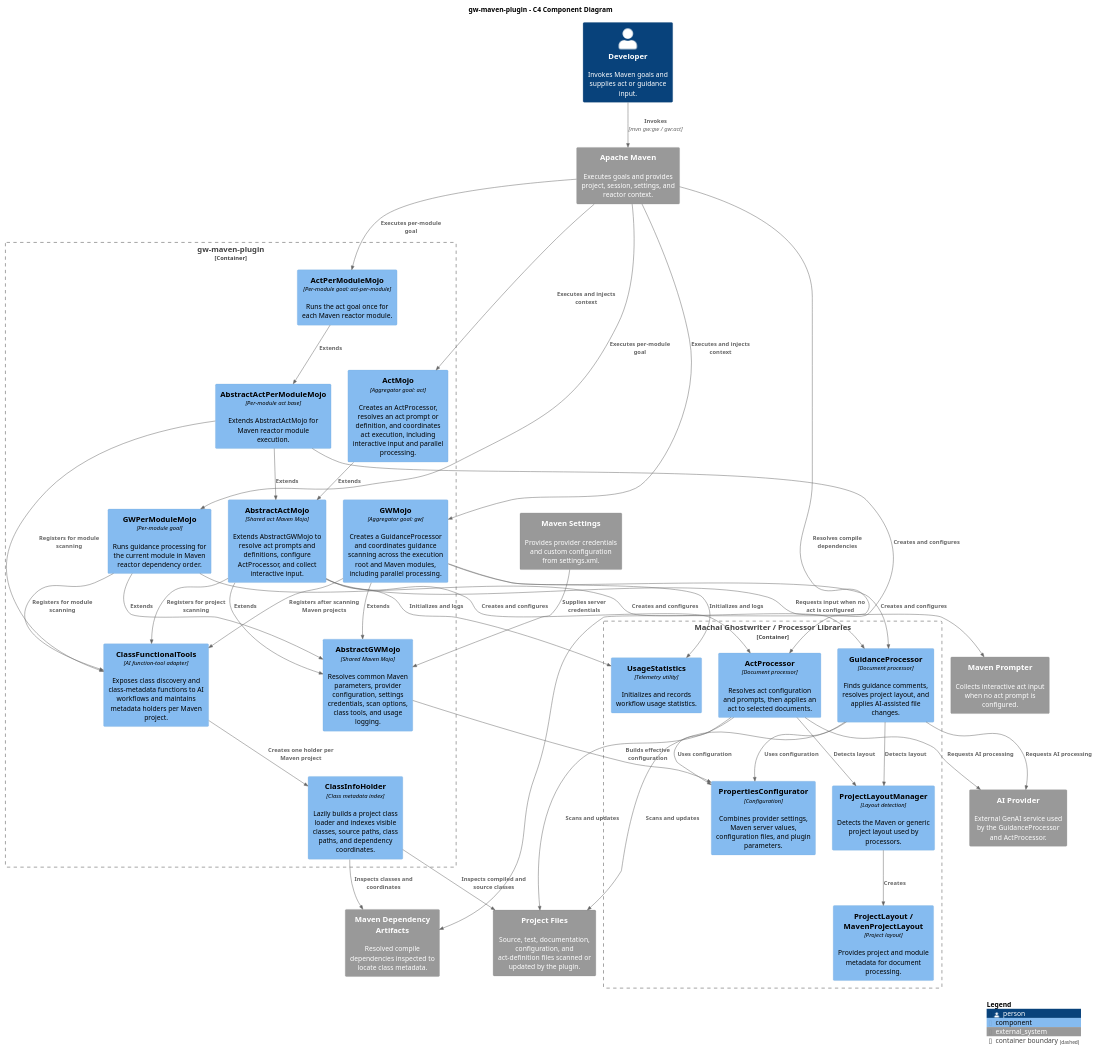
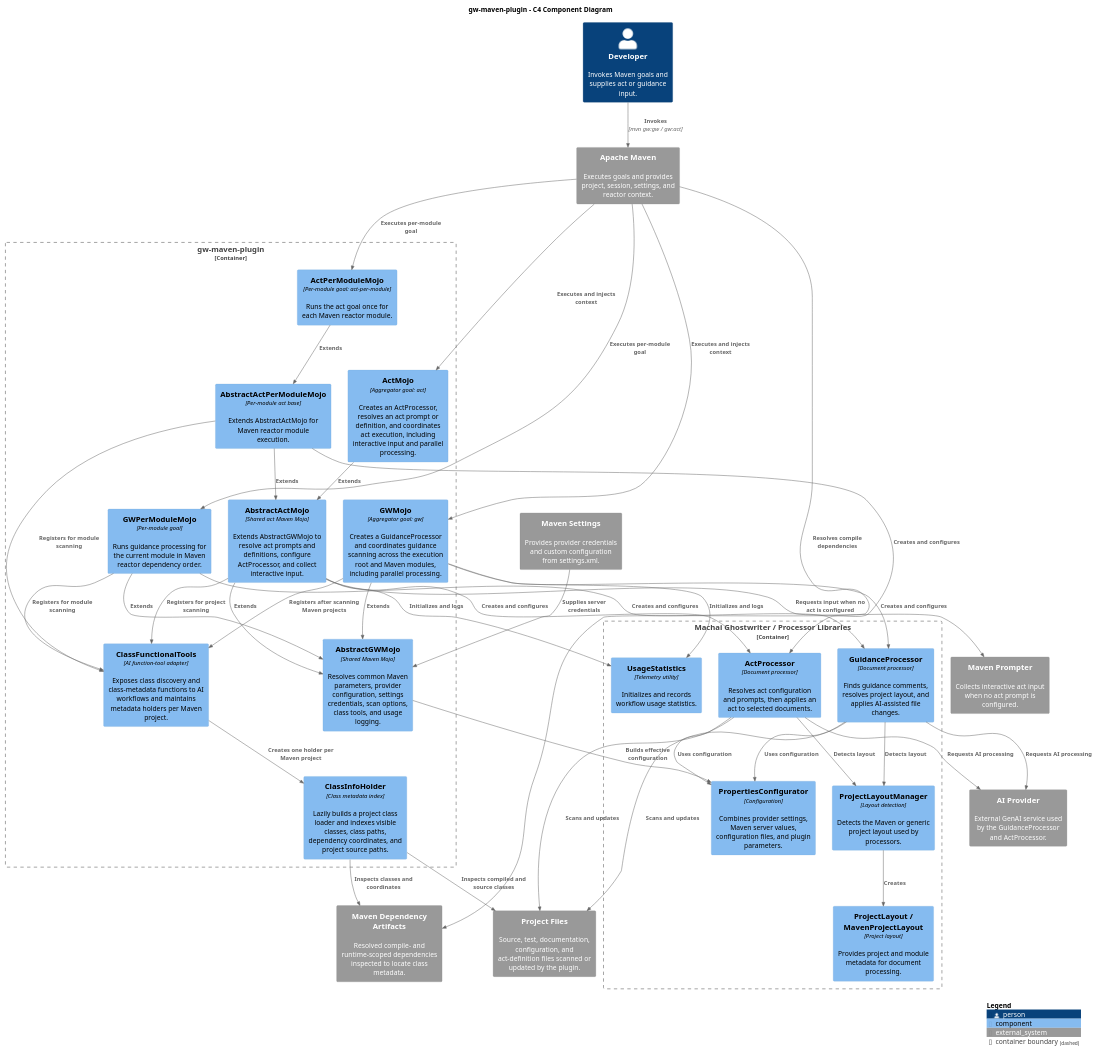
Before and after one commit to machanism-org/machai: the diagram in gw-maven-plugin/src/site/puml/project-structure/c4-diagram.puml, drawn with PlantUML. The commit also changed 74 other files, not shown here.

```diff
--- a/gw-maven-plugin/src/site/puml/project-structure/c4-diagram.puml
+++ b/gw-maven-plugin/src/site/puml/project-structure/c4-diagram.puml
@@ -10,78 +10,78 @@
 @startuml gw-maven-plugin-components
 !include <C4/C4_Component>
 
 LAYOUT_WITH_LEGEND()
 
 title gw-maven-plugin - C4 Component Diagram
 
 Person(developer, "Developer", "Invokes Maven goals and supplies act or guidance input.")
 
 System_Ext(maven, "Apache Maven", "Executes goals and provides project, session, settings, and reactor context.")
 System_Ext(maven_settings, "Maven Settings", "Provides provider credentials and custom configuration from settings.xml.")
-System_Ext(dependency_artifacts, "Maven Dependency Artifacts", "Resolved compile dependencies inspected to locate class metadata.")
+System_Ext(dependency_artifacts, "Maven Dependency Artifacts", "Resolved compile- and runtime-scoped dependencies inspected to locate class metadata.")
 System_Ext(prompter, "Maven Prompter", "Collects interactive act input when no act prompt is configured.")
 System_Ext(ai_provider, "AI Provider", "External GenAI service used by the GuidanceProcessor and ActProcessor.")
 System_Ext(project_files, "Project Files", "Source, test, documentation, configuration, and act-definition files scanned or updated by the plugin.")
 
 Container_Boundary(plugin, "gw-maven-plugin") {
     Component(abstract_gw_mojo, "AbstractGWMojo", "Shared Maven Mojo", "Resolves common Maven parameters, provider configuration, settings credentials, scan options, class tools, and usage logging.")
     Component(abstract_act_mojo, "AbstractActMojo", "Shared act Maven Mojo", "Extends AbstractGWMojo to resolve act prompts and definitions, configure ActProcessor, and collect interactive input.")
     Component(abstract_act_per_module_mojo, "AbstractActPerModuleMojo", "Per-module act base", "Extends AbstractActMojo for Maven reactor module execution.")
     Component(gw_mojo, "GWMojo", "Aggregator goal: gw", "Creates a GuidanceProcessor and coordinates guidance scanning across the execution root and Maven modules, including parallel processing.")
     Component(act_mojo, "ActMojo", "Aggregator goal: act", "Creates an ActProcessor, resolves an act prompt or definition, and coordinates act execution, including interactive input and parallel processing.")
     Component(gw_per_module_mojo, "GWPerModuleMojo", "Per-module goal", "Runs guidance processing for the current module in Maven reactor dependency order.")
     Component(act_per_module_mojo, "ActPerModuleMojo", "Per-module goal: act-per-module", "Runs the act goal once for each Maven reactor module.")
     Component(class_tools, "ClassFunctionalTools", "AI function-tool adapter", "Exposes class discovery and class-metadata functions to AI workflows and maintains metadata holders per Maven project.")
-    Component(class_info_holder, "ClassInfoHolder", "Class metadata index", "Lazily builds a project class loader and indexes visible classes, source paths, class paths, and dependency coordinates.")
+    Component(class_info_holder, "ClassInfoHolder", "Class metadata index", "Lazily builds a project class loader and indexes visible classes, class paths, dependency coordinates, and project source paths.")
 }
 
 Container_Boundary(ghostwriter, "Machai Ghostwriter / Processor Libraries") {
     Component(guidance_processor, "GuidanceProcessor", "Document processor", "Finds guidance comments, resolves project layout, and applies AI-assisted file changes.")
     Component(act_processor, "ActProcessor", "Document processor", "Resolves act configuration and prompts, then applies an act to selected documents.")
     Component(project_layout_manager, "ProjectLayoutManager", "Layout detection", "Detects the Maven or generic project layout used by processors.")
     Component(project_layout, "ProjectLayout / MavenProjectLayout", "Project layout", "Provides project and module metadata for document processing.")
     Component(configurator, "PropertiesConfigurator", "Configuration", "Combines provider settings, Maven server values, configuration files, and plugin parameters.")
     Component(usage_stats, "UsageStatistics", "Telemetry utility", "Initializes and records workflow usage statistics.")
 }
 
 Rel(developer, maven, "Invokes", "mvn gw:gw / gw:act")
 Rel(maven, gw_mojo, "Executes and injects context")
 Rel(maven, act_mojo, "Executes and injects context")
 Rel(maven, gw_per_module_mojo, "Executes per-module goal")
 Rel(maven, act_per_module_mojo, "Executes per-module goal")
 Rel(maven, dependency_artifacts, "Resolves compile dependencies")
 Rel(maven_settings, abstract_gw_mojo, "Supplies server credentials")
 Rel(abstract_act_mojo, prompter, "Requests input when no act is configured")
 Rel(abstract_gw_mojo, configurator, "Builds effective configuration")
 
 Rel(gw_mojo, abstract_gw_mojo, "Extends")
 Rel(abstract_act_mojo, abstract_gw_mojo, "Extends")
 Rel(act_mojo, abstract_act_mojo, "Extends")
 Rel(abstract_act_per_module_mojo, abstract_act_mojo, "Extends")
 Rel(act_per_module_mojo, abstract_act_per_module_mojo, "Extends")
 Rel(gw_per_module_mojo, abstract_gw_mojo, "Extends")
 Rel(gw_mojo, guidance_processor, "Creates and configures")
 Rel(abstract_act_mojo, act_processor, "Creates and configures")
 Rel(gw_per_module_mojo, guidance_processor, "Creates and configures")
 Rel(abstract_act_per_module_mojo, act_processor, "Creates and configures")
 Rel(gw_mojo, class_tools, "Registers after scanning Maven projects")
 Rel(abstract_act_mojo, class_tools, "Registers for project scanning")
 Rel(gw_per_module_mojo, class_tools, "Registers for module scanning")
 Rel(abstract_act_per_module_mojo, class_tools, "Registers for module scanning")
 Rel(guidance_processor, project_layout_manager, "Detects layout")
 Rel(act_processor, project_layout_manager, "Detects layout")
 Rel(project_layout_manager, project_layout, "Creates")
 Rel(guidance_processor, configurator, "Uses configuration")
 Rel(act_processor, configurator, "Uses configuration")
 Rel(guidance_processor, project_files, "Scans and updates")
 Rel(act_processor, project_files, "Scans and updates")
 Rel(guidance_processor, ai_provider, "Requests AI processing")
 Rel(act_processor, ai_provider, "Requests AI processing")
 Rel(class_tools, class_info_holder, "Creates one holder per Maven project")
 Rel(class_info_holder, project_files, "Inspects compiled and source classes")
 Rel(class_info_holder, dependency_artifacts, "Inspects classes and coordinates")
 Rel(gw_mojo, usage_stats, "Initializes and logs")
 Rel(abstract_act_mojo, usage_stats, "Initializes and logs")
 
 SHOW_LEGEND()
 @enduml
```
